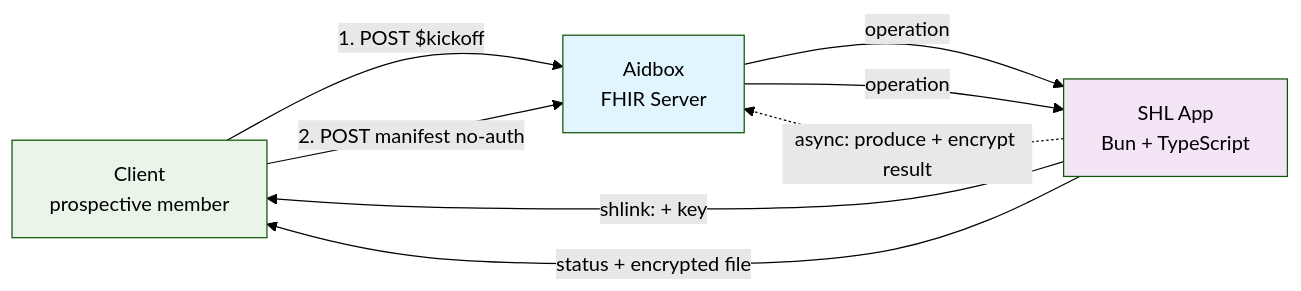
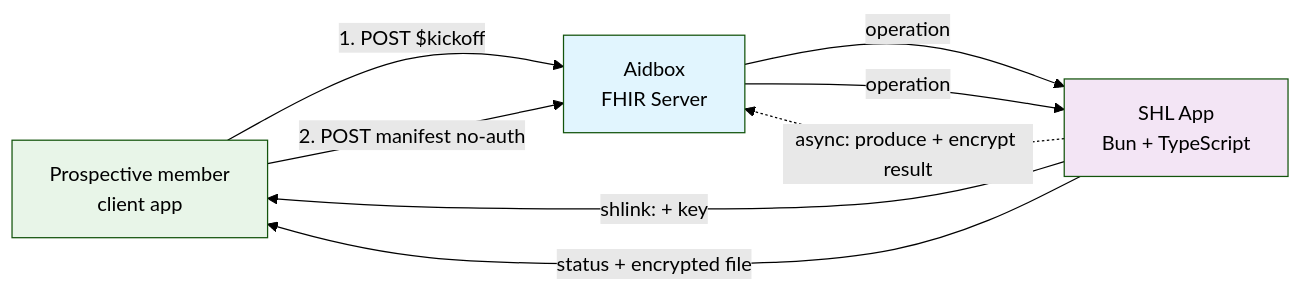
Before and after one commit to Aidbox/examples: the diagram in aidbox-integrations/smart-health-link/README.md, drawn with Mermaid (forest theme). The commit also changed other lines of this file and 3 other files, not shown here.

````diff
--- a/aidbox-integrations/smart-health-link/README.md
+++ b/aidbox-integrations/smart-health-link/README.md
@@ -23,18 +25,18 @@
 ```mermaid
 flowchart LR
-    Client[Client<br/>prospective member]
+    Client[Prospective member<br/>client app]
     Aidbox[Aidbox<br/>FHIR Server]
     App[SHL App<br/>Bun + TypeScript]
 
     Client -->|1. POST $kickoff| Aidbox
     Aidbox -->|operation| App
     App -->|shlink: + key| Client
     App -.->|async: produce + encrypt result| Aidbox
     Client -->|2. POST manifest no-auth| Aidbox
     Aidbox -->|operation| App
     App -->|status + encrypted file| Client
 
     style Aidbox fill:#e1f5fe
     style App fill:#f3e5f5
     style Client fill:#e8f5e8
 ```
````
